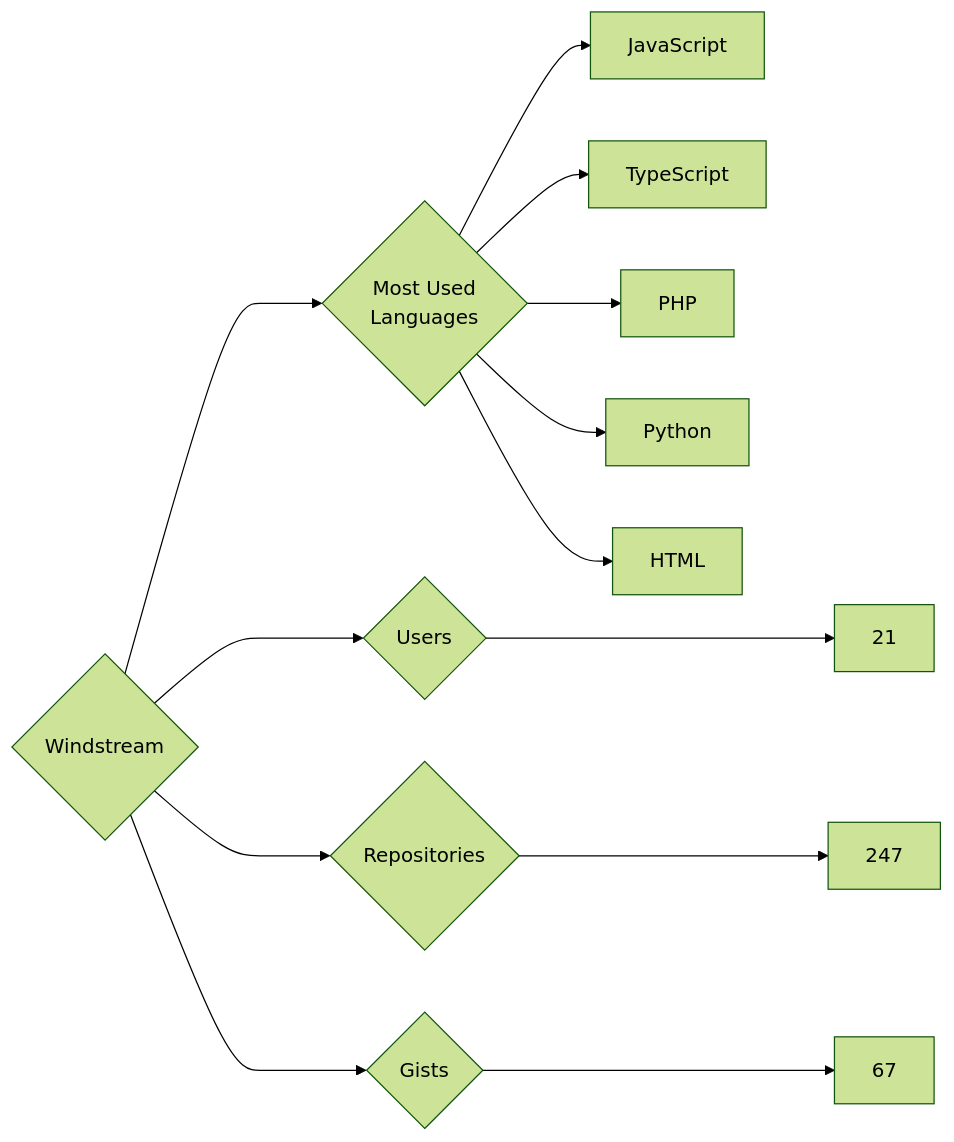
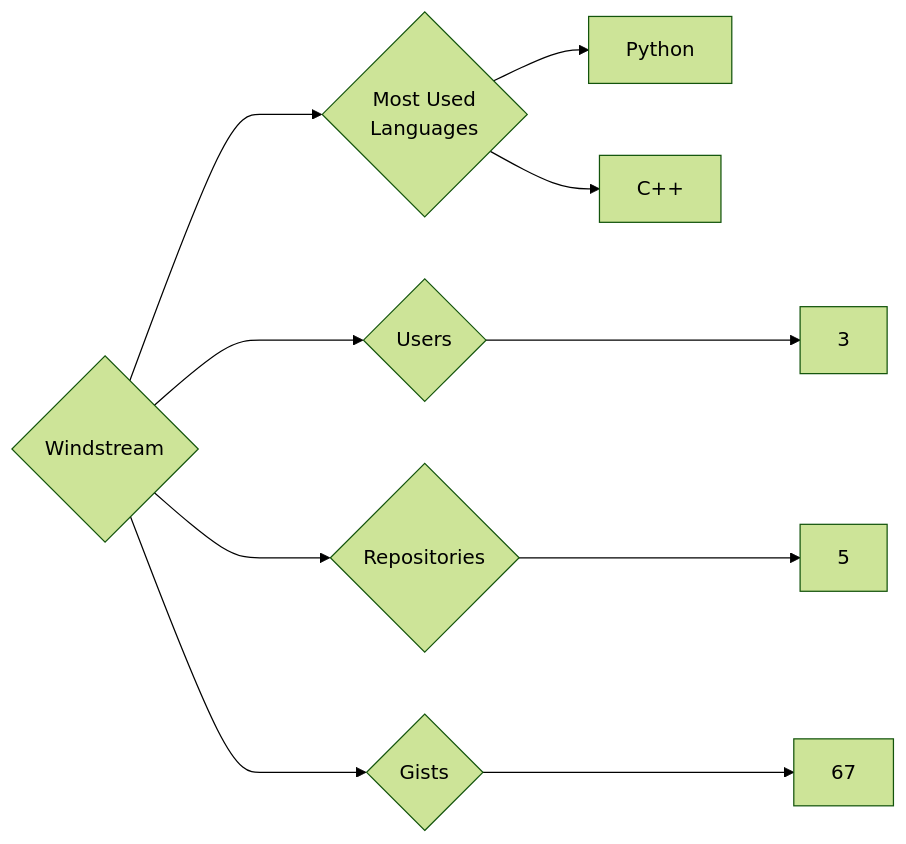
The diagram in targets/Windstream/README.md (trickest/insiders), drawn with Mermaid (forest theme) before and after one commit. The commit also changed 799 other files, not shown here.

````diff
--- a/targets/Windstream/README.md
+++ b/targets/Windstream/README.md
@@ -3,13 +3,10 @@
 ```mermaid
 graph LR
 COMPANY_NAME{Windstream}
-COMPANY_NAME ---> U{Users} ---> UN[21]
-COMPANY_NAME ---> R{Repositories} ---> RN[247]
+COMPANY_NAME ---> U{Users} ---> UN[3]
+COMPANY_NAME ---> R{Repositories} ---> RN[5]
 COMPANY_NAME ---> G{Gists} ---> GN[67]
 COMPANY_NAME ---> ML{Most Used<br>Languages}
-ML --> JavaScript[JavaScript]
-ML --> TypeScript[TypeScript]
-ML --> PHP[PHP]
 ML --> Python[Python]
-ML --> HTML[HTML]
+ML --> C++[C++]
 ```
````
